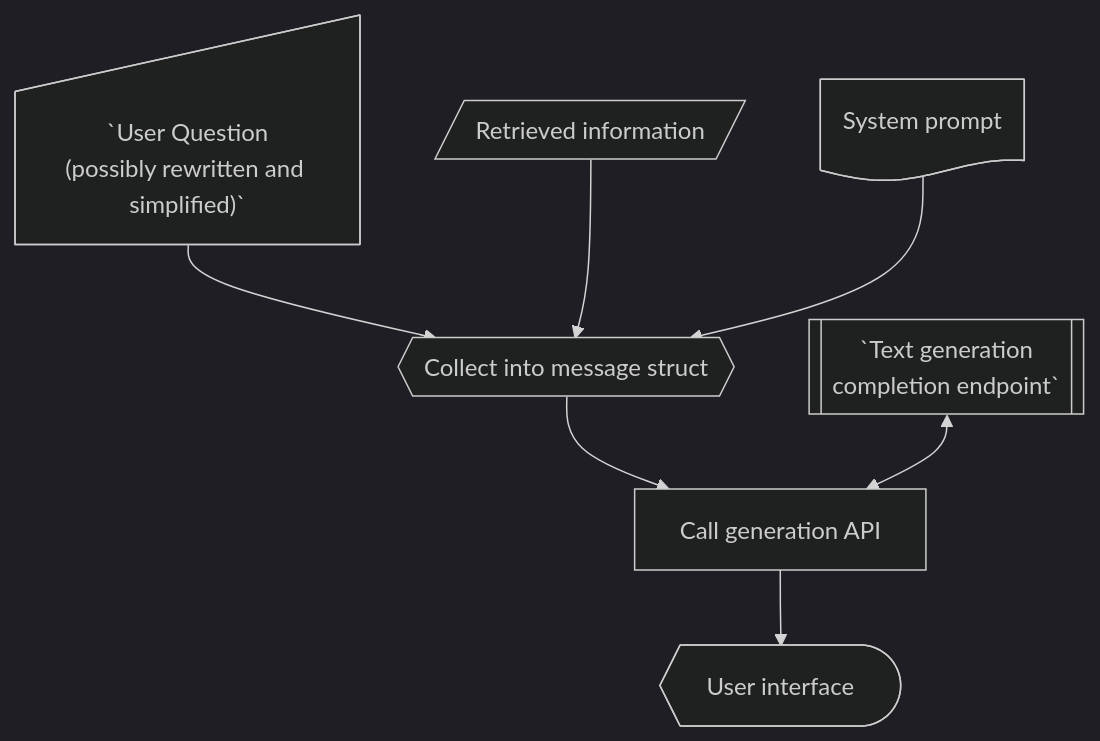
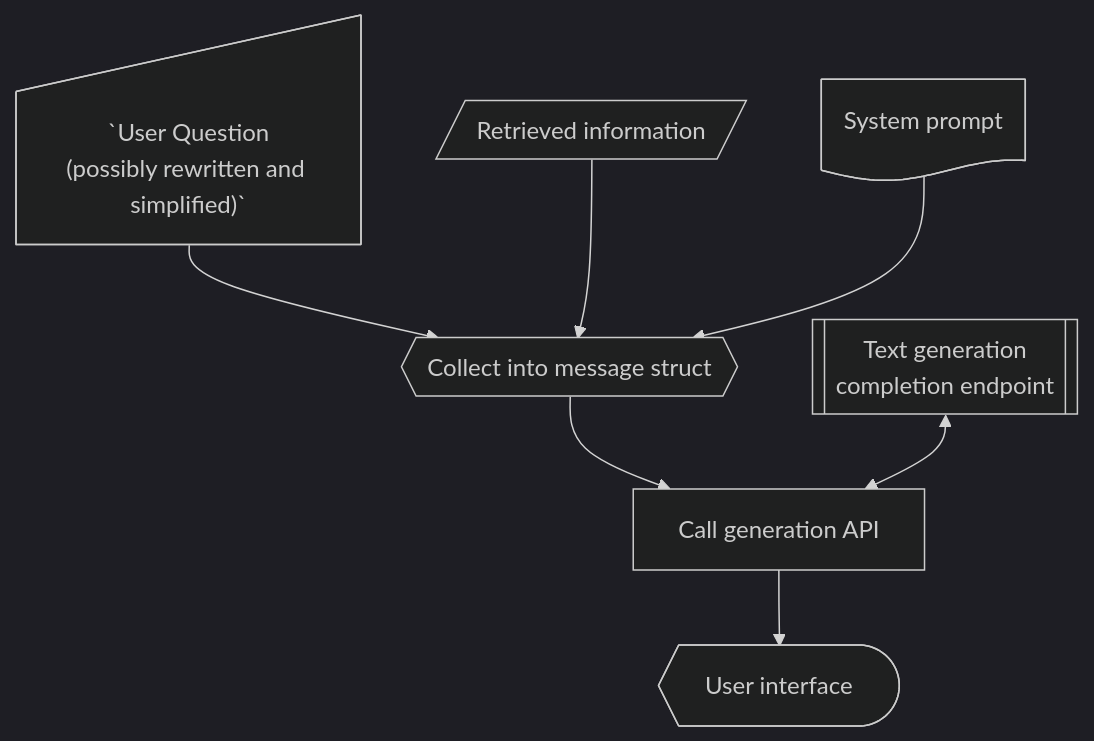
One commit to DKAndreasen/public-genai-governance changed the diagram in docs/background/rag/gen_process.md. Above: the diagram before and after it, drawn with Mermaid (dark theme).

Commit message:
alt newline formating

````diff
--- a/docs/background/rag/gen_process.md
+++ b/docs/background/rag/gen_process.md
@@ -11,19 +11,19 @@
 ```mermaid
 graph TD
     ri@{ shape: lean-r, label: "Retrieved information" }
     prompt@{ shape: doc, label: "System prompt" }
     input@{ shape: manual-input, label: "`User Question
     (possibly rewritten and simplified)`" }
     collect@{ shape: hex, label: "Collect into message struct" }
     caller@{ shape: process, label: "Call generation API" }
-    genai@{ shape: subproc, label: "`Text generation
-    completion endpoint`" }
+    genai@{ shape: subproc, label: "Text generation
+    completion endpoint" }
     ui@{ shape: display, label: "User interface" }
     
     input --> collect
     ri --> collect
     prompt --> collect
     collect --> caller
     genai <--> caller
     caller --> ui
 ```
````
